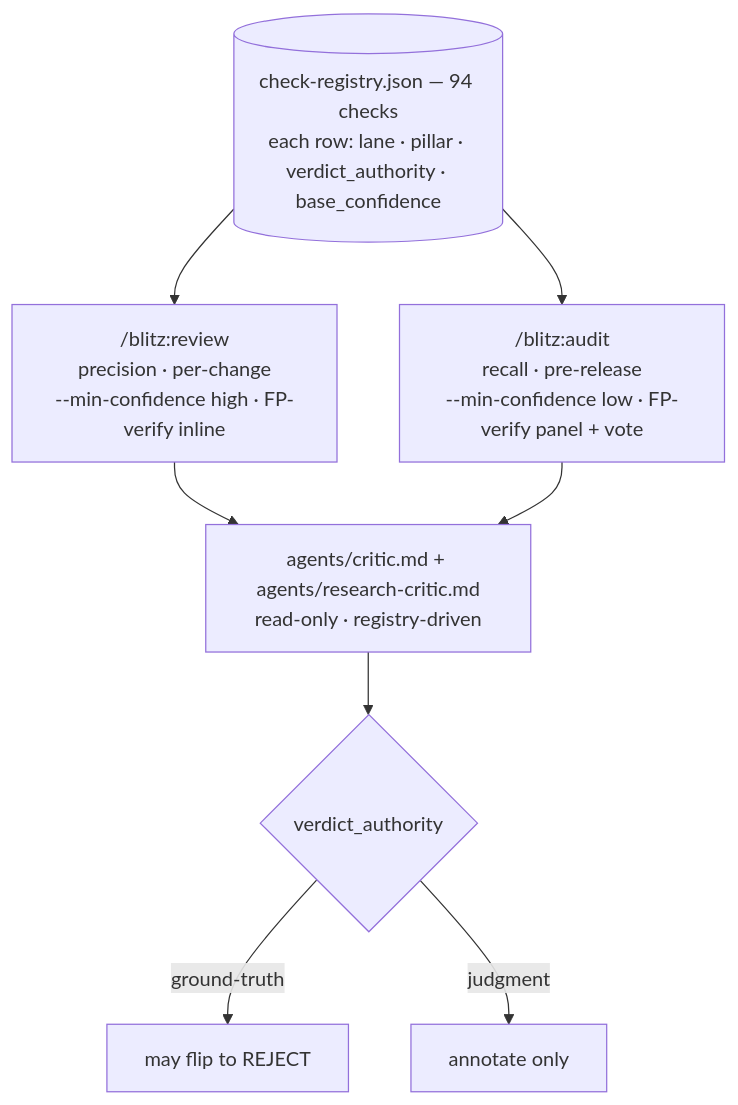
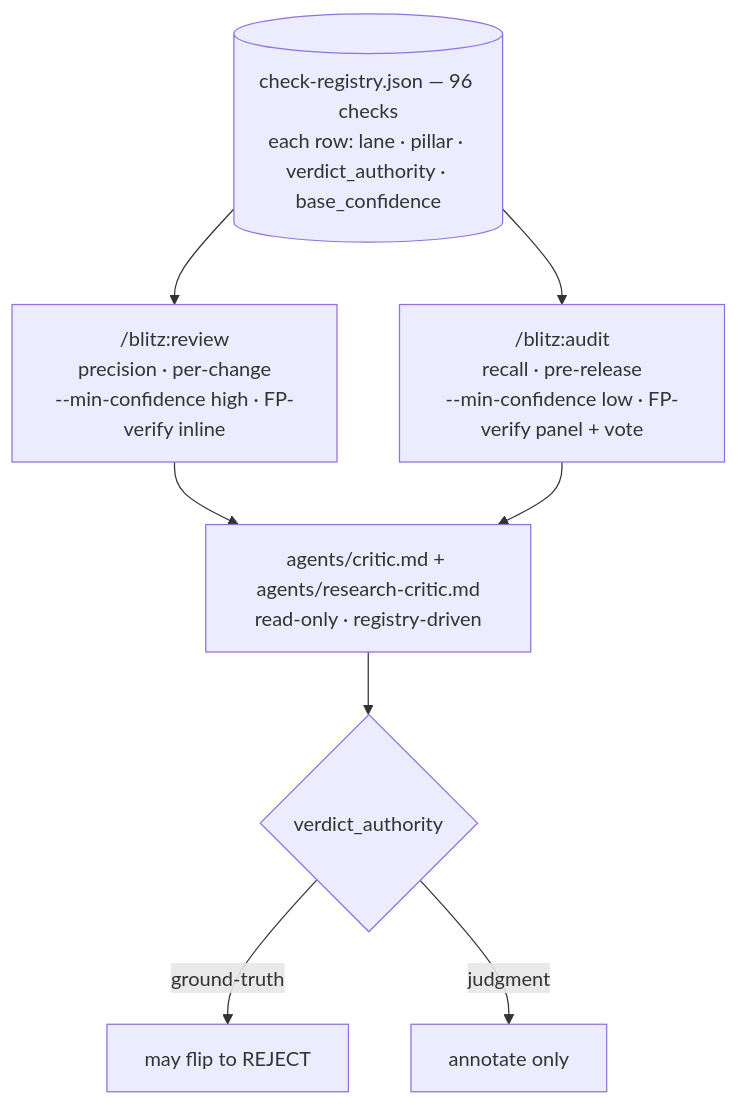
Before and after one commit to lasswellt/blitz-cc: the third of 4 diagrams in README.md, drawn with Mermaid. The commit also changed other lines of this file and 30 other files, not shown here.

````diff
--- a/README.md
+++ b/README.md
@@ -203,11 +203,11 @@
 ```mermaid
 flowchart TD
-  REG[("check-registry.json — 94 checks<br/>each row: lane · pillar · verdict_authority · base_confidence")]
+  REG[("check-registry.json — 96 checks<br/>each row: lane · pillar · verdict_authority · base_confidence")]
   REG --> RV["/blitz:review<br/>precision · per-change<br/>--min-confidence high · FP-verify inline"]
   REG --> AU["/blitz:audit<br/>recall · pre-release<br/>--min-confidence low · FP-verify panel + vote"]
   RV --> CR
   AU --> CR
   CR["agents/critic.md + agents/research-critic.md<br/>read-only · registry-driven"] --> V{verdict_authority}
   V -- ground-truth --> REJ[may flip to REJECT]
   V -- judgment --> ANN[annotate only]
 ```
````
